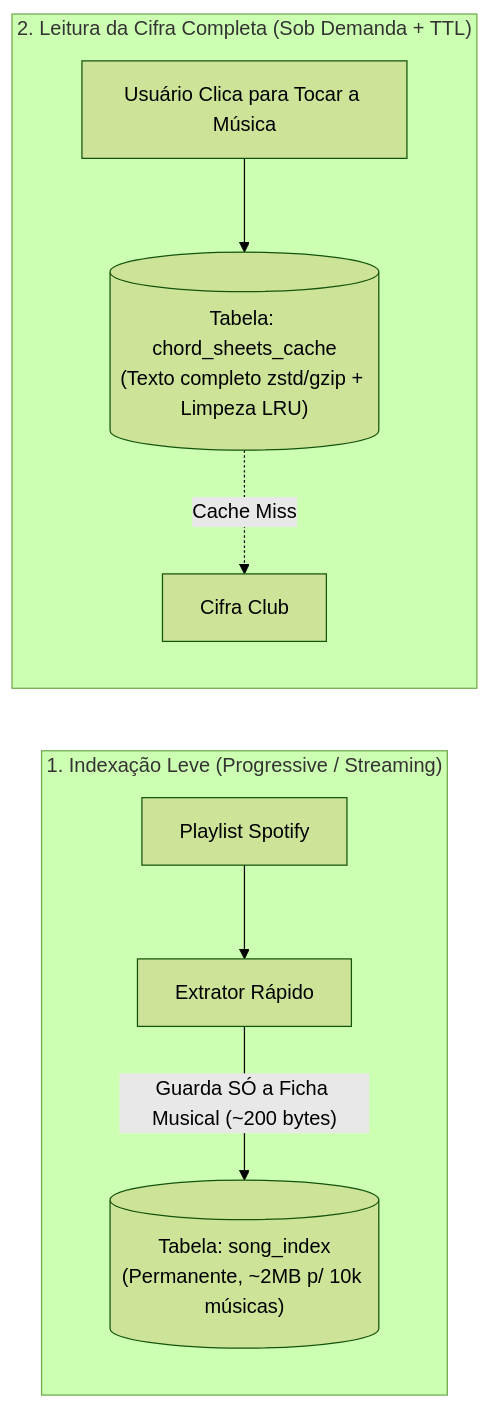
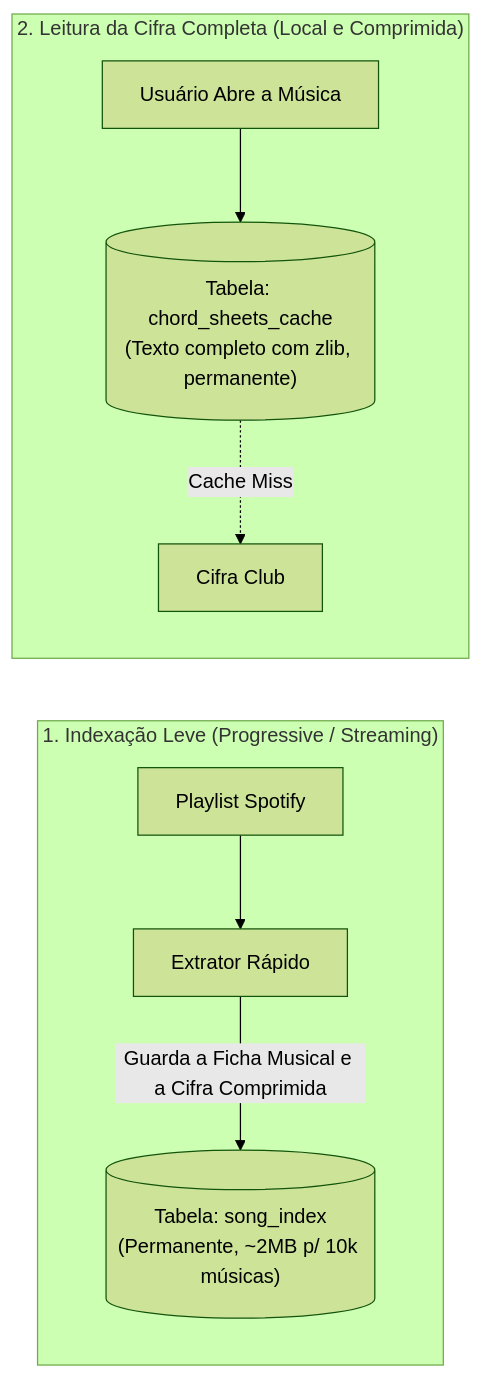
The diagram in docs/ARCHITECTURE_AND_DIFFICULTY.md (brenobmoreira/cifrafy), drawn with Mermaid (forest theme) before and after one commit. The commit also changed other lines of this file and 57 other files, not shown here.

````diff
--- a/docs/ARCHITECTURE_AND_DIFFICULTY.md
+++ b/docs/ARCHITECTURE_AND_DIFFICULTY.md
@@ -35,12 +35,12 @@
 ```mermaid
 flowchart LR
     subgraph Sync["1. Indexação Leve (Progressive / Streaming)"]
         SP["Playlist Spotify"] --> SCR["Extrator Rápido"]
-        SCR -->|"Guarda SÓ a Ficha Musical (~200 bytes)"| IDX[("Tabela: song_index\n(Permanente, ~2MB p/ 10k músicas)")]
+        SCR -->|"Guarda a Ficha Musical e a Cifra Comprimida"| IDX[("Tabela: song_index\n(Permanente, ~2MB p/ 10k músicas)")]
     end
 
-    subgraph OnDemand["2. Leitura da Cifra Completa (Sob Demanda + TTL)"]
-        USER["Usuário Clica para Tocar a Música"] --> CACHE[("Tabela: chord_sheets_cache\n(Texto completo zstd/gzip + Limpeza LRU)")]
+    subgraph OnDemand["2. Leitura da Cifra Completa (Local e Comprimida)"]
+        USER["Usuário Abre a Música"] --> CACHE[("Tabela: chord_sheets_cache\n(Texto completo com zlib, permanente)")]
         CACHE -.->|"Cache Miss"| CC["Cifra Club"]
     end
 ```
````
